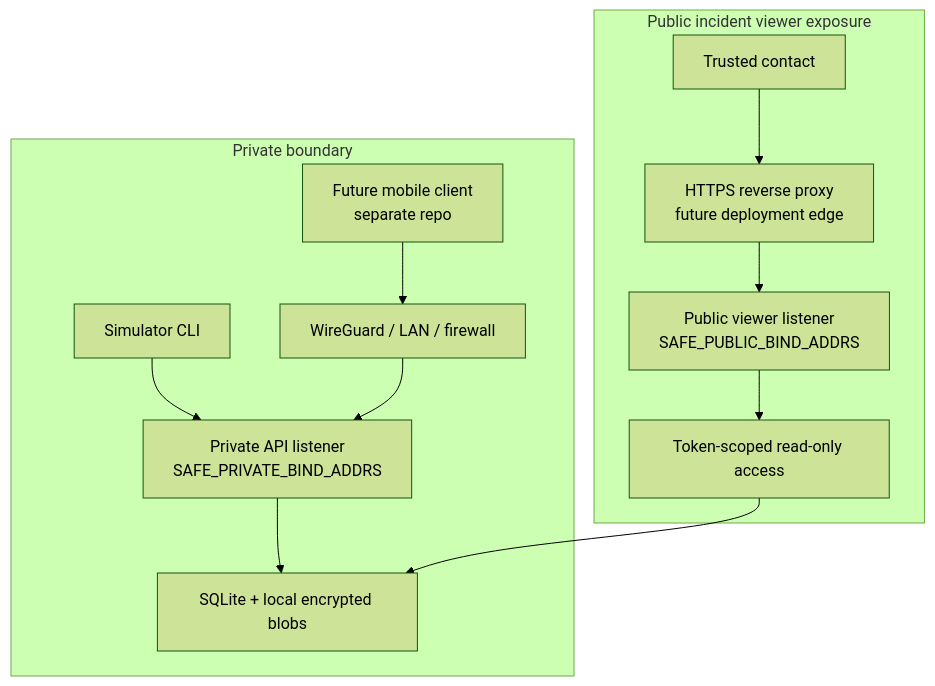
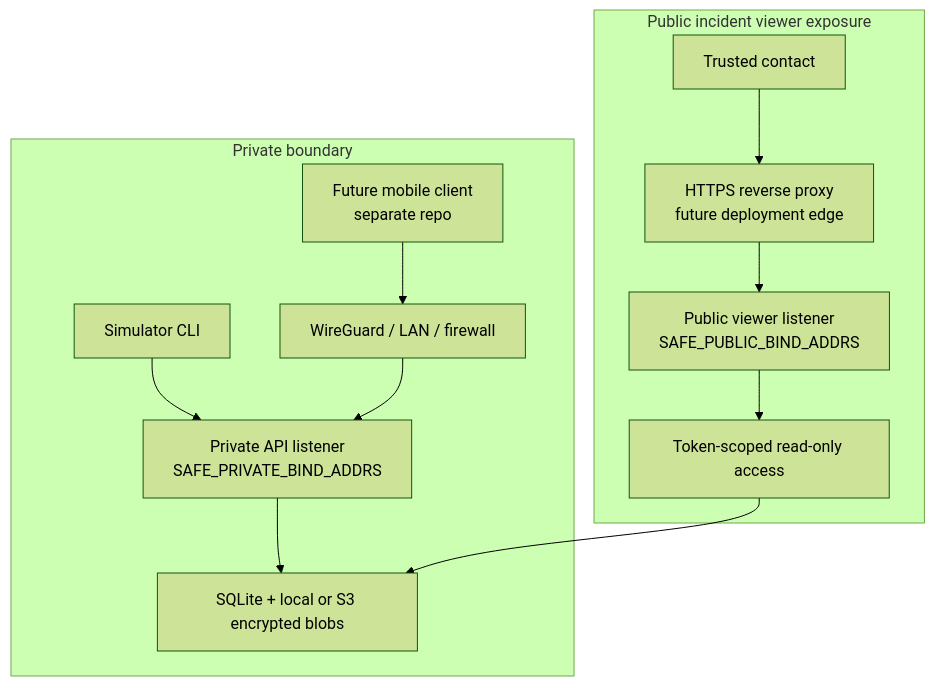
The second of 4 diagrams in docs/architecture.md (open-proofline/server), drawn with Mermaid (forest theme) before and after one commit. The commit also changed other lines of this file and 35 other files, not shown here.

````diff
--- a/docs/architecture.md
+++ b/docs/architecture.md
@@ -70,16 +70,16 @@
 ```mermaid
 flowchart TB
     subgraph PrivateNetwork["Private boundary"]
         FuturePhone["Future mobile client<br/>separate repo"] --> WireGuard["WireGuard / LAN / firewall"]
         Simulator["Simulator CLI"] --> PrivateListener["Private API listener<br/>SAFE_PRIVATE_BIND_ADDRS"]
         WireGuard --> PrivateListener
-        PrivateListener --> Storage["SQLite + local encrypted blobs"]
+        PrivateListener --> Storage["SQLite + local or S3 encrypted blobs"]
     end
 
     subgraph PublicEdge["Public incident viewer exposure"]
         TrustedContact["Trusted contact"] --> HTTPS["HTTPS reverse proxy<br/>future deployment edge"]
         HTTPS --> PublicListener["Public viewer listener<br/>SAFE_PUBLIC_BIND_ADDRS"]
         PublicListener --> ReadOnly["Token-scoped read-only access"]
         ReadOnly --> Storage
     end
 ```
````
